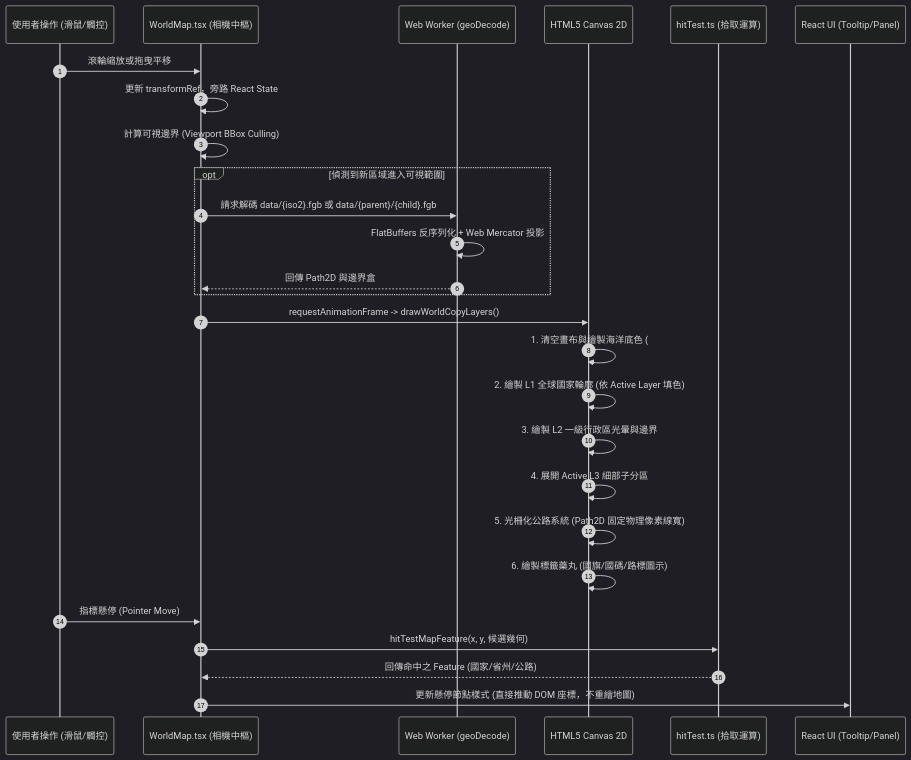
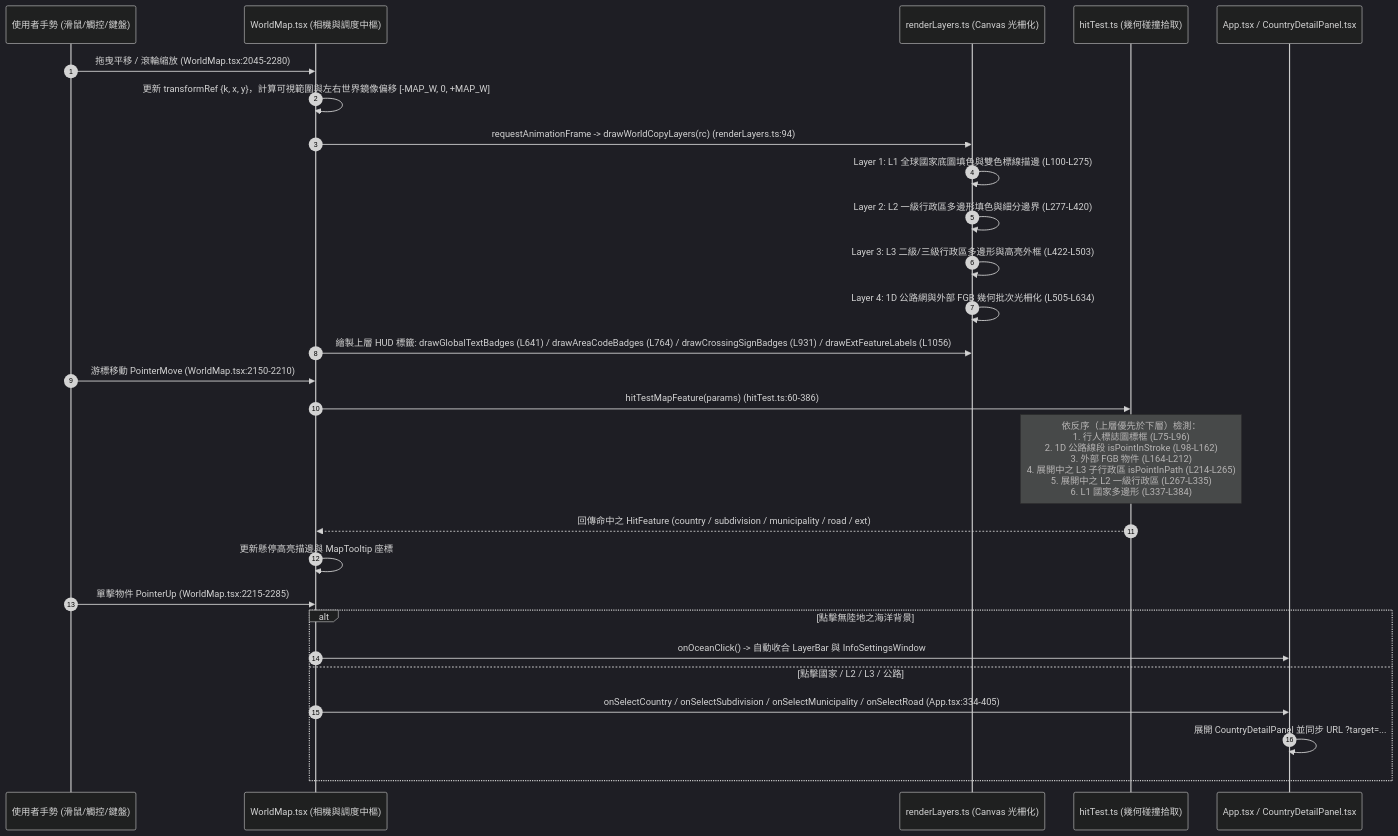
The fourth of 7 diagrams in README.md (harvey-euph/inter-geo), drawn with Mermaid (dark theme) before and after one commit. The commit also changed other lines of this file, not shown here.

Commit message:
docs: comprehensive architecture overhaul with component pipelines, mermaid diagrams, and file:line references

````diff
--- a/README.md
+++ b/README.md
@@ -145,33 +174,32 @@
 ```mermaid
 sequenceDiagram
   autonumber
-  participant User as 使用者操作 (滑鼠/觸控)
-  participant WM as WorldMap.tsx (相機中樞)
-  participant Worker as Web Worker (geoDecode)
-  participant Canvas as HTML5 Canvas 2D
-  participant Hit as hitTest.ts (拾取運算)
-  participant UI as React UI (Tooltip/Panel)
+  participant User as 使用者手勢 (滑鼠/觸控/鍵盤)
+  participant WM as WorldMap.tsx (相機與調度中樞)
+  participant Render as renderLayers.ts (Canvas 光柵化)
+  participant Hit as hitTest.ts (幾何碰撞拾取)
+  participant App as App.tsx / CountryDetailPanel.tsx
 
-  User->>WM: 滾輪縮放或拖曳平移
-  WM->>WM: 更新 transformRef，旁路 React State
-  WM->>WM: 計算可視邊界 (Viewport BBox Culling)
-  
-  opt 偵測到新區域進入可視範圍
-    WM->>Worker: 請求解碼 data/{iso2}.fgb 或 data/{parent}/{child}.fgb
-    Worker->>Worker: FlatBuffers 反序列化 + Web Mercator 投影
-    Worker-->>WM: 回傳 Path2D 與邊界盒
+  User->>WM: 拖曳平移 / 滾輪縮放 (WorldMap.tsx:2045-2280)
+  WM->>WM: 更新 transformRef {k, x, y}，計算可視範圍與左右世界鏡像偏移 [-MAP_W, 0, +MAP_W]
+  WM->>Render: requestAnimationFrame -> drawWorldCopyLayers(rc) (renderLayers.ts:94)
+  Render->>Render: Layer 1: L1 全球國家底圖填色與雙色標線描邊 (L100-L275)
+  Render->>Render: Layer 2: L2 一級行政區多邊形填色與細分邊界 (L277-L420)
+  Render->>Render: Layer 3: L3 二級/三級行政區多邊形與高亮外框 (L422-L503)
+  Render->>Render: Layer 4: 1D 公路網與外部 FGB 幾何批次光柵化 (L505-L634)
+  WM->>Render: 繪製上層 HUD 標籤: drawGlobalTextBadges (L641) / drawAreaCodeBadges (L764) / drawCrossingSignBadges (L931) / drawExtFeatureLabels (L1056)
+
+  User->>WM: 游標移動 PointerMove (WorldMap.tsx:2150-2210)
+  WM->>Hit: hitTestMapFeature(params) (hitTest.ts:60-386)
+  Note over Hit: 依反序（上層優先於下層）檢測：<br/>1. 行人標誌圖標框 (L75-L96)<br/>2. 1D 公路線段 isPointInStroke (L98-L162)<br/>3. 外部 FGB 物件 (L164-L212)<br/>4. 展開中之 L3 子行政區 isPointInPath (L214-L265)<br/>5. 展開中之 L2 一級行政區 (L267-L335)<br/>6. L1 國家多邊形 (L337-L384)
+  Hit-->>WM: 回傳命中之 HitFeature (country / subdivision / municipality / road / ext)
+  WM->>WM: 更新懸停高亮描邊與 MapTooltip 座標
+
+  User->>WM: 單擊物件 PointerUp (WorldMap.tsx:2215-2285)
+  alt 點擊無陸地之海洋背景
+    WM->>App: onOceanClick() -> 自動收合 LayerBar 與 InfoSettingsWindow
+  else 點擊國家 / L2 / L3 / 公路
+    WM->>App: onSelectCountry / onSelectSubdivision / onSelectMunicipality / onSelectRoad (App.tsx:334-405)
+    App->>App: 展開 CountryDetailPanel 並同步 URL ?target=...
   end
-
-  WM->>Canvas: requestAnimationFrame -> drawWorldCopyLayers()
-  Canvas->>Canvas: 1. 清空畫布與繪製海洋底色 (#0b0e14)
-  Canvas->>Canvas: 2. 繪製 L1 全球國家輪廓 (依 Active Layer 填色)
-  Canvas->>Canvas: 3. 繪製 L2 一級行政區光暈與邊界
-  Canvas->>Canvas: 4. 展開 Active L3 細部子分區
-  Canvas->>Canvas: 5. 光柵化公路系統 (Path2D 固定物理像素線寬)
-  Canvas->>Canvas: 6. 繪製標籤藥丸 (國旗/國碼/路標圖示)
-
-  User->>WM: 指標懸停 (Pointer Move)
-  WM->>Hit: hitTestMapFeature(x, y, 候選幾何)
-  Hit-->>WM: 回傳命中之 Feature (國家/省州/公路)
-  WM->>UI: 更新懸停節點樣式 (直接推動 DOM 座標，不重繪地圖)
 ```
````
